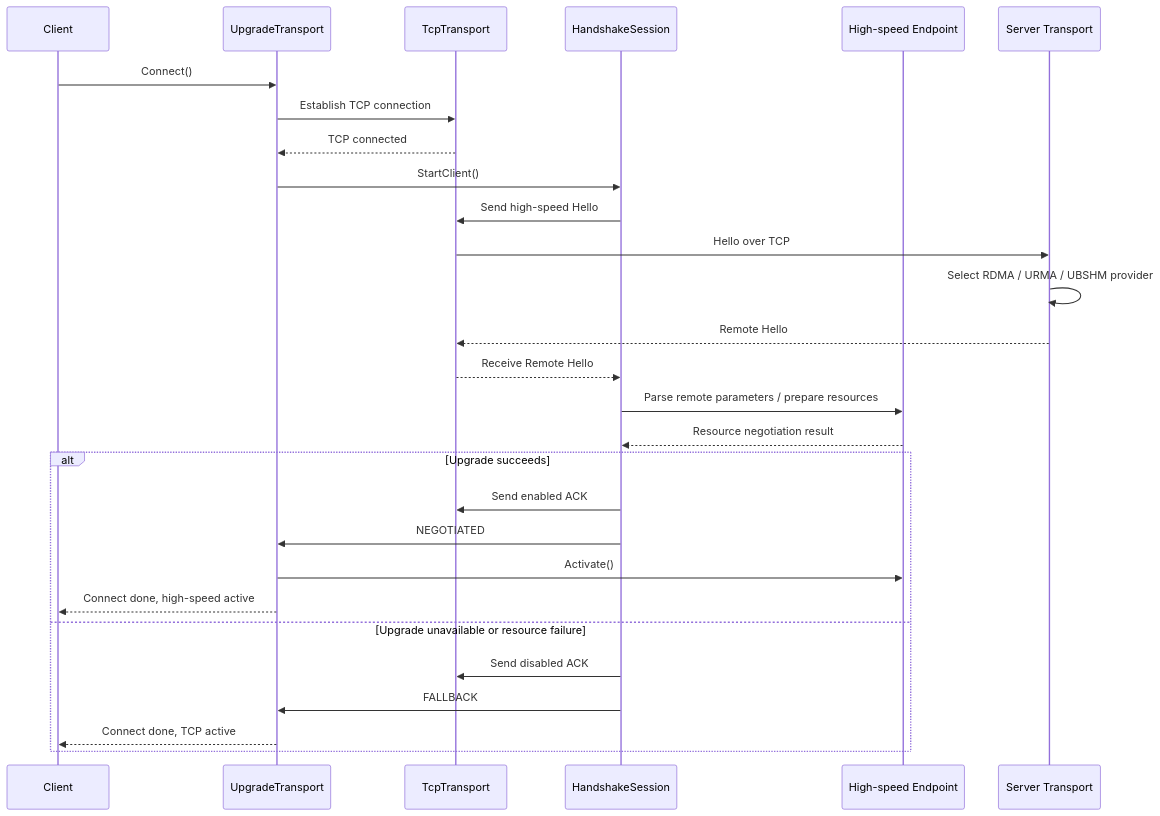
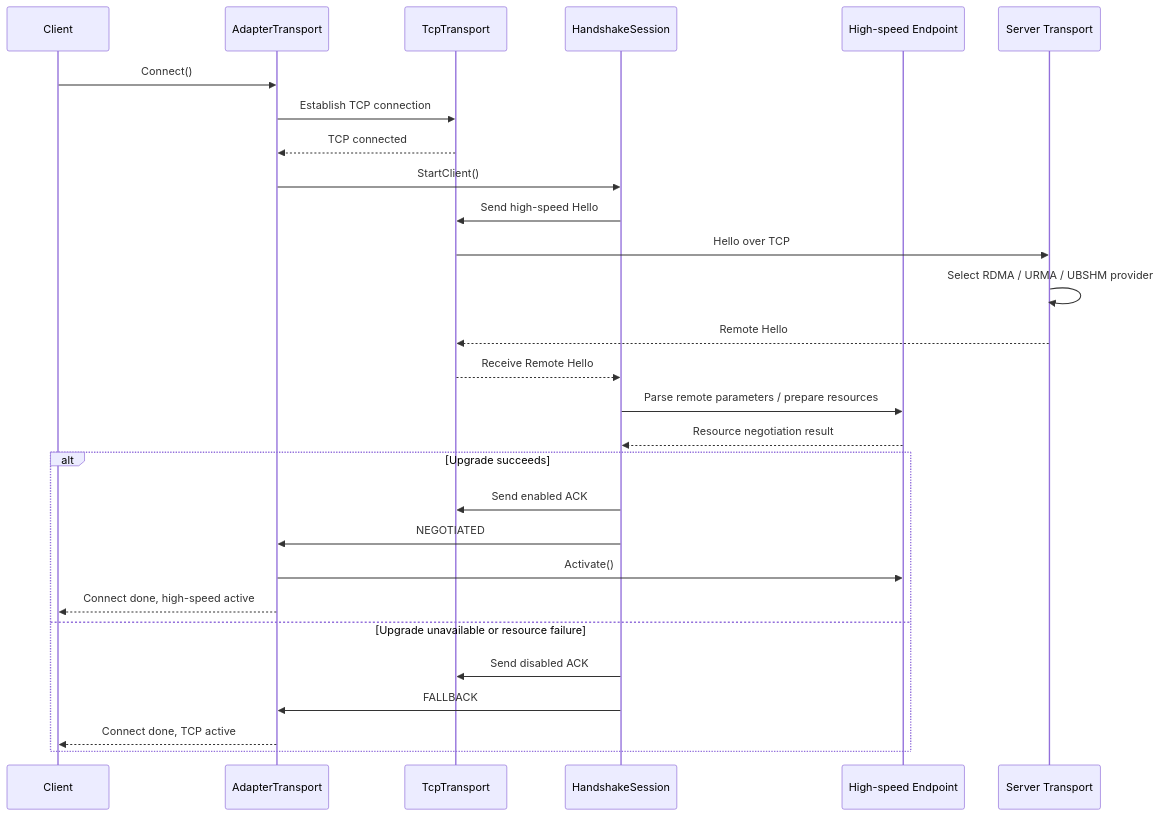
The third of 5 diagrams in docs/cn/handshake_common_design.md (LinQuickDev/brpc), drawn with Mermaid before and after one commit. The commit also changed other lines of this file and 23 other files, not shown here.

````diff
--- a/docs/cn/handshake_common_design.md
+++ b/docs/cn/handshake_common_design.md
@@ -172,31 +175,31 @@
 ```mermaid
 sequenceDiagram
     participant C as Client
-    participant T as UpgradeTransport
+    participant T as AdapterTransport
     participant TCP as TcpTransport
     participant H as HandshakeSession
     participant E as High-speed Endpoint
     participant S as Server Transport
 
     C->>T: Connect()
     T->>TCP: Establish TCP connection
     TCP-->>T: TCP connected
     T->>H: StartClient()
     H->>TCP: Send high-speed Hello
     TCP->>S: Hello over TCP
     S->>S: Select RDMA / URMA / UBSHM provider
     S-->>TCP: Remote Hello
     TCP-->>H: Receive Remote Hello
     H->>E: Parse remote parameters / prepare resources
     E-->>H: Resource negotiation result
     alt Upgrade succeeds
         H->>TCP: Send enabled ACK
         H->>T: NEGOTIATED
         T->>E: Activate()
         T-->>C: Connect done, high-speed active
     else Upgrade unavailable or resource failure
         H->>TCP: Send disabled ACK
         H->>T: FALLBACK
         T-->>C: Connect done, TCP active
     end
 ```
````
